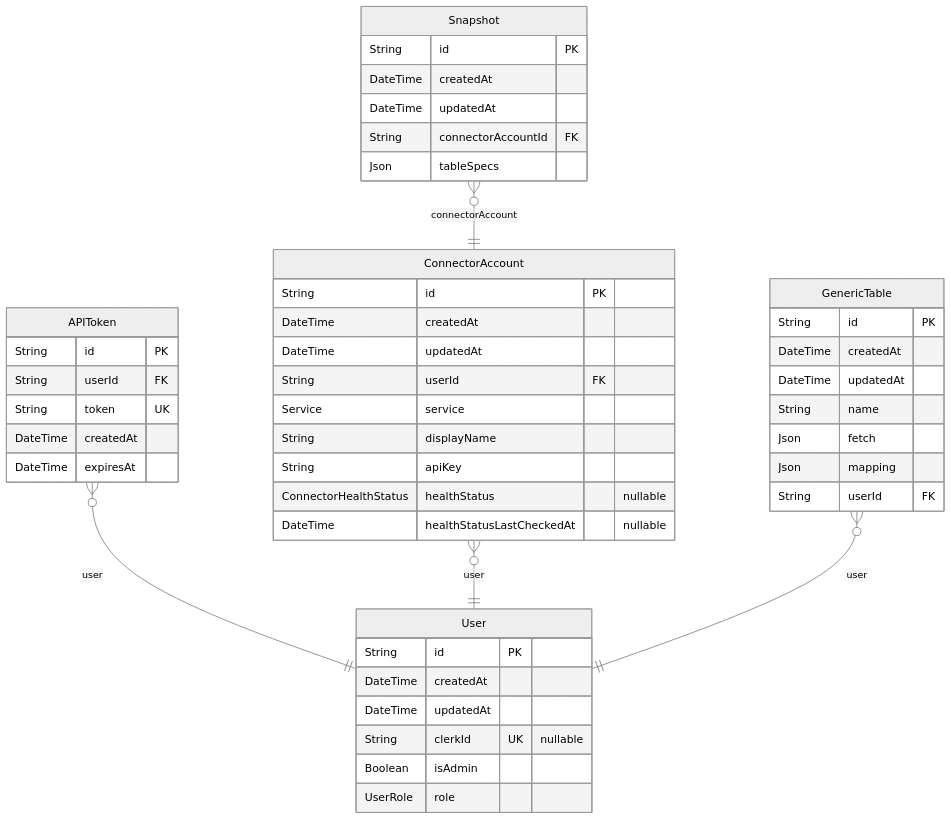
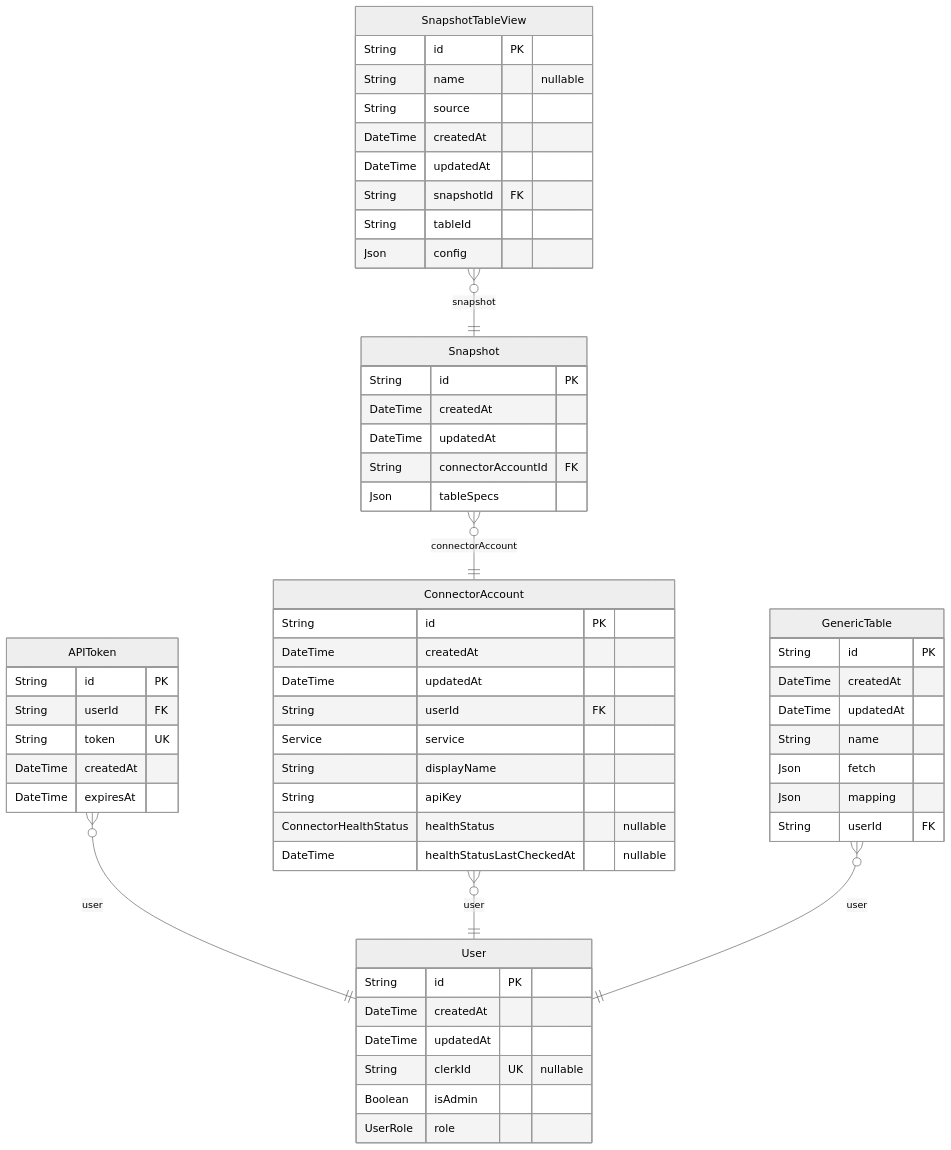
One commit to whalesync/scratch-cli changed the diagram in server/prisma/ERD.md. Above: the diagram before and after it, drawn with Mermaid (neutral theme). The commit also changed other lines of this file and 16 other files, not shown here.

````diff
--- a/server/prisma/ERD.md
+++ b/server/prisma/ERD.md
@@ -9,49 +9,60 @@
 ```mermaid
 erDiagram
 "User" {
   String id PK
   DateTime createdAt
   DateTime updatedAt
   String clerkId UK "nullable"
   Boolean isAdmin
   UserRole role
 }
 "APIToken" {
   String id PK
   String userId FK
   String token UK
   DateTime createdAt
   DateTime expiresAt
 }
 "ConnectorAccount" {
   String id PK
   DateTime createdAt
   DateTime updatedAt
   String userId FK
   Service service
   String displayName
   String apiKey
   ConnectorHealthStatus healthStatus "nullable"
   DateTime healthStatusLastCheckedAt "nullable"
 }
 "Snapshot" {
   String id PK
   DateTime createdAt
   DateTime updatedAt
   String connectorAccountId FK
   Json tableSpecs
 }
 "GenericTable" {
   String id PK
   DateTime createdAt
   DateTime updatedAt
   String name
   Json fetch
   Json mapping
   String userId FK
 }
+"SnapshotTableView" {
+  String id PK
+  String name "nullable"
+  String source
+  DateTime createdAt
+  DateTime updatedAt
+  String snapshotId FK
+  String tableId
+  Json config
+}
 "APIToken" }o--|| "User" : user
 "ConnectorAccount" }o--|| "User" : user
 "Snapshot" }o--|| "ConnectorAccount" : connectorAccount
 "GenericTable" }o--|| "User" : user
+"SnapshotTableView" }o--|| "Snapshot" : snapshot
 ```
````
